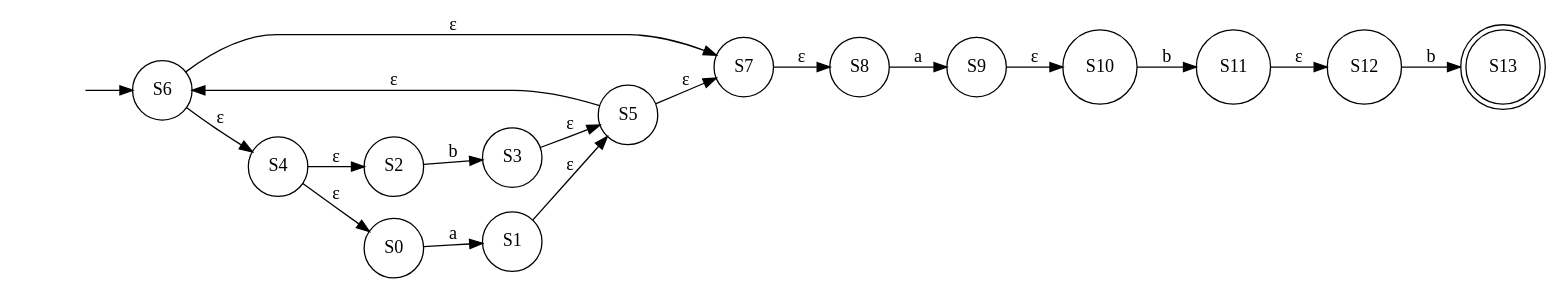
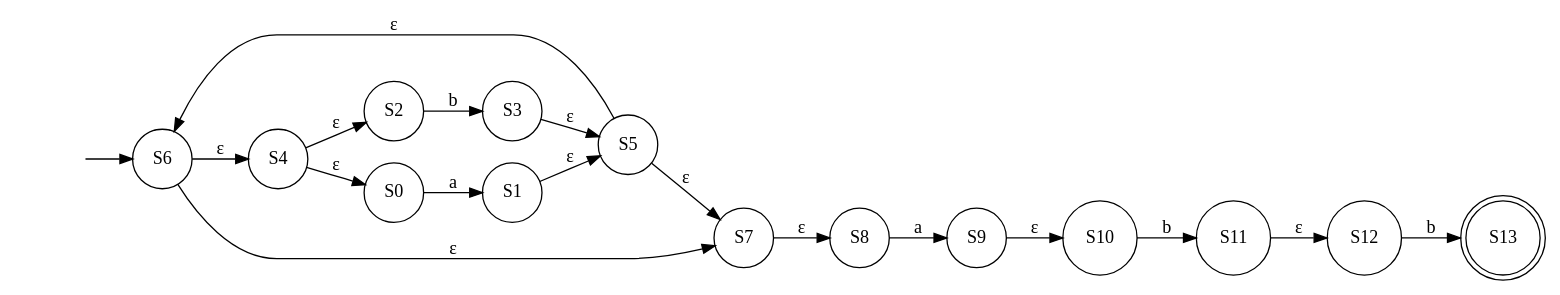
One commit to youssefhassan01/Compilers_Assignment changed the diagram in NFA.gv. Above: the diagram before and after it, drawn with Graphviz. The commit also changed other lines of this file and 4 other files, not shown here.

```diff
--- a/NFA.gv
+++ b/NFA.gv
@@ -1,35 +1,35 @@
 digraph NFA {
 	graph [rankdir=LR]
 	"" [label="" shape=plaintext]
 	S13 [label=S13 shape=doublecircle]
+	S2 [label=S2 shape=circle]
+	S1 [label=S1 shape=circle]
+	S6 [label=S6 shape=circle]
+	S12 [label=S12 shape=circle]
+	S4 [label=S4 shape=circle]
+	S8 [label=S8 shape=circle]
+	S7 [label=S7 shape=circle]
+	S10 [label=S10 shape=circle]
+	S5 [label=S5 shape=circle]
+	S11 [label=S11 shape=circle]
 	S0 [label=S0 shape=circle]
-	S12 [label=S12 shape=circle]
-	S1 [label=S1 shape=circle]
-	S7 [label=S7 shape=circle]
-	S2 [label=S2 shape=circle]
+	S3 [label=S3 shape=circle]
 	S9 [label=S9 shape=circle]
-	S4 [label=S4 shape=circle]
-	S11 [label=S11 shape=circle]
-	S5 [label=S5 shape=circle]
-	S8 [label=S8 shape=circle]
-	S10 [label=S10 shape=circle]
-	S3 [label=S3 shape=circle]
-	S6 [label=S6 shape=circle]
 	"" -> S6 [label=""]
 	S0 -> S1 [label=a]
 	S1 -> S5 [label="ε"]
 	S2 -> S3 [label=b]
 	S3 -> S5 [label="ε"]
 	S4 -> S0 [label="ε"]
 	S4 -> S2 [label="ε"]
+	S5 -> S6 [label="ε"]
 	S5 -> S7 [label="ε"]
-	S5 -> S6 [label="ε"]
 	S6 -> S7 [label="ε"]
 	S6 -> S4 [label="ε"]
 	S7 -> S8 [label="ε"]
 	S8 -> S9 [label=a]
 	S9 -> S10 [label="ε"]
 	S10 -> S11 [label=b]
 	S11 -> S12 [label="ε"]
 	S12 -> S13 [label=b]
 }
```
